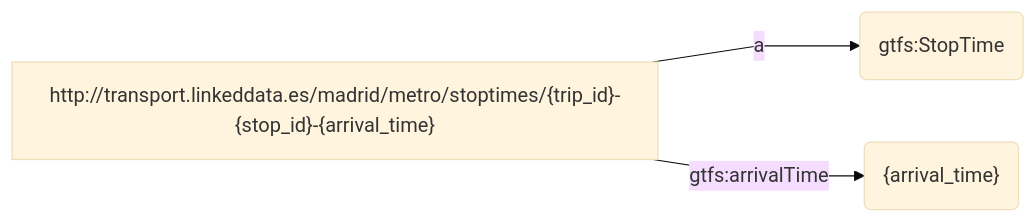
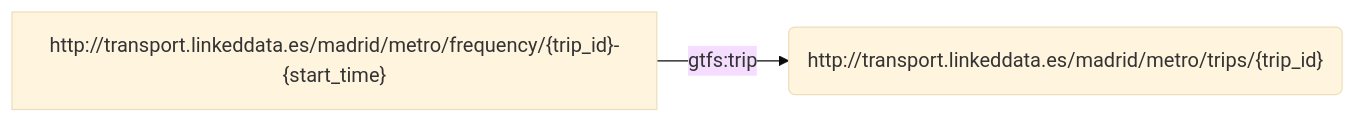
Before and after one commit to oeg-upm/rmldoc: the second of 3 diagrams in example/example.md, drawn with Mermaid. The commit also changed other lines of this file and 1 other file, not shown here.

````diff
--- a/example/example.md
+++ b/example/example.md
@@ -81,7 +101,7 @@
 ```mermaid
 %%{ init : { "theme" : "base", "flowchart" : { "curve" : "linear" }}}%%
+
 flowchart LR
-S["http://transport.linkeddata.es/madrid/metro/stoptimes/{trip_id}-{stop_id}-{arrival_time}"] -->|"a"| object1("gtfs:StopTime")
-S["http://transport.linkeddata.es/madrid/metro/stoptimes/{trip_id}-{stop_id}-{arrival_time}"] -->|"gtfs:arrivalTime"| object2("{arrival_time}")
-    
+S1["http://transport.linkeddata.es/madrid/metro/frequency/{trip_id}-{start_time}"] -->|"gtfs:trip"| object1("http://transport.linkeddata.es/madrid/metro/trips/{trip_id}")
+
 ``` 
````
